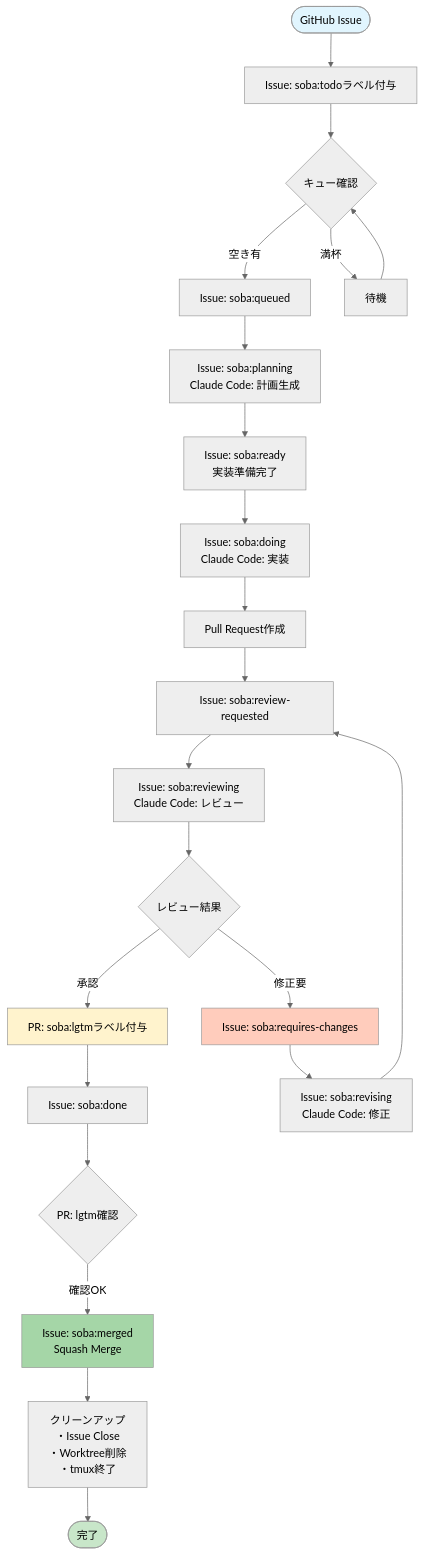
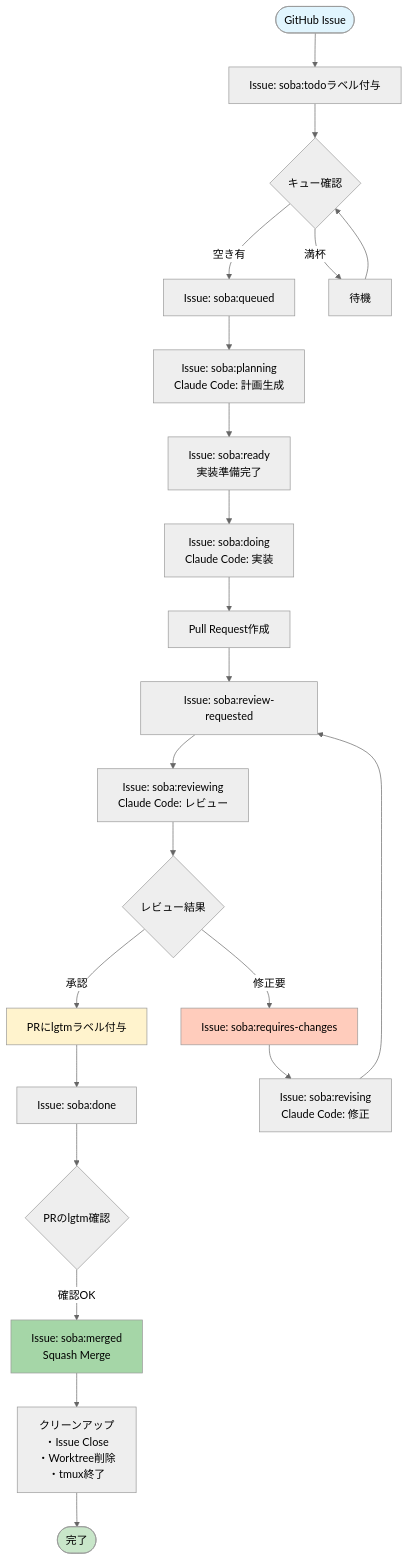
The second of 2 diagrams in docs/business/workflow.md (douhashi/soba), drawn with Mermaid (neutral theme) before and after one commit. The commit also changed other lines of this file, not shown here.

````diff
--- a/docs/business/workflow.md
+++ b/docs/business/workflow.md
@@ -120,37 +120,37 @@
 ```mermaid
 flowchart TB
     Start([GitHub Issue]) --> AddLabel[Issue: soba:todoラベル付与]
     AddLabel --> Queue{キュー確認}
 
     Queue -->|空き有| Queued[Issue: soba:queued]
     Queue -->|満杯| Wait[待機]
     Wait --> Queue
 
     Queued --> Planning[Issue: soba:planning<br/>Claude Code: 計画生成]
     Planning --> Ready[Issue: soba:ready<br/>実装準備完了]
 
     Ready --> Implement[Issue: soba:doing<br/>Claude Code: 実装]
     Implement --> CreatePR[Pull Request作成]
     CreatePR --> ReviewReq[Issue: soba:review-requested]
 
     ReviewReq --> Reviewing[Issue: soba:reviewing<br/>Claude Code: レビュー]
     Reviewing --> ReviewResult{レビュー結果}
 
-    ReviewResult -->|承認| PRLabel[PR: soba:lgtmラベル付与]
+    ReviewResult -->|承認| PRLabel[PRにlgtmラベル付与]
     PRLabel --> Done[Issue: soba:done]
     ReviewResult -->|修正要| RequiresChanges[Issue: soba:requires-changes]
 
     RequiresChanges --> Revising[Issue: soba:revising<br/>Claude Code: 修正]
     Revising --> ReviewReq
 
-    Done --> CheckPR{PR: lgtm確認}
+    Done --> CheckPR{PRのlgtm確認}
     CheckPR -->|確認OK| Merged[Issue: soba:merged<br/>Squash Merge]
     Merged --> Cleanup[クリーンアップ<br/>・Issue Close<br/>・Worktree削除<br/>・tmux終了]
     Cleanup --> End([完了])
 
     style Start fill:#e1f5fe
     style End fill:#c8e6c9
     style RequiresChanges fill:#ffccbc
     style Merged fill:#a5d6a7
     style PRLabel fill:#fff3cd
 ```
````
